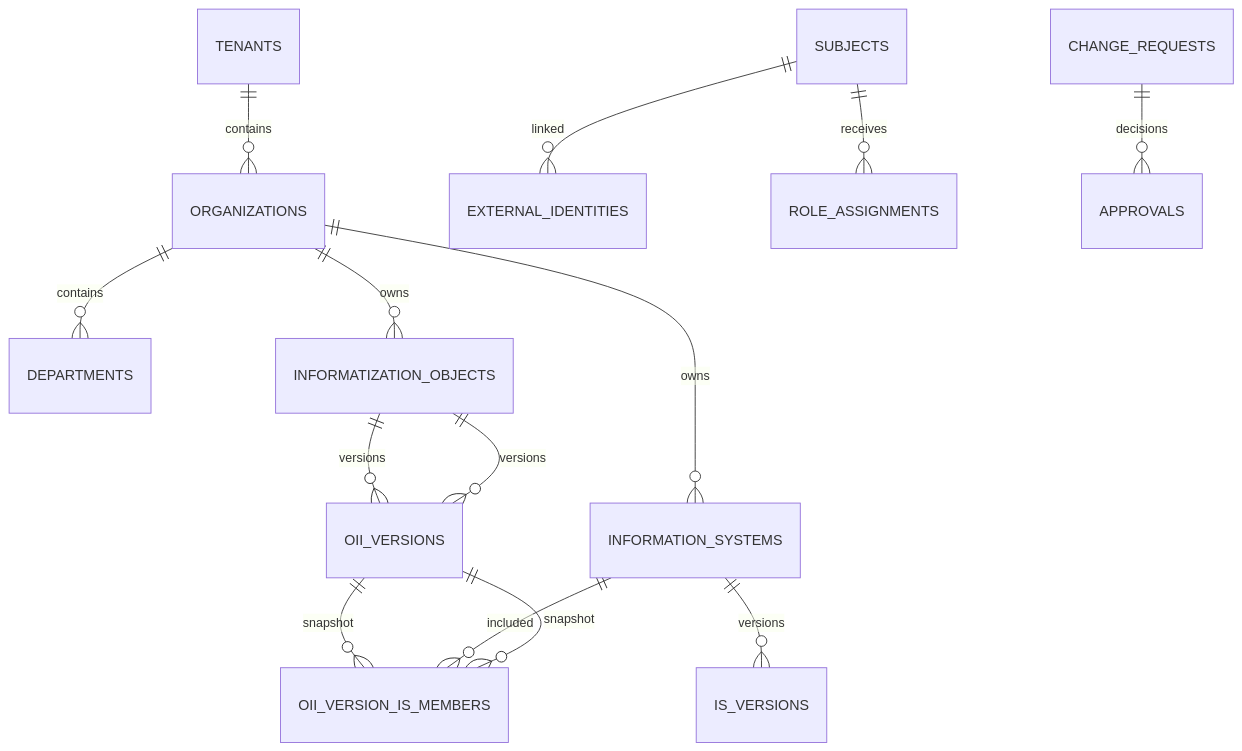
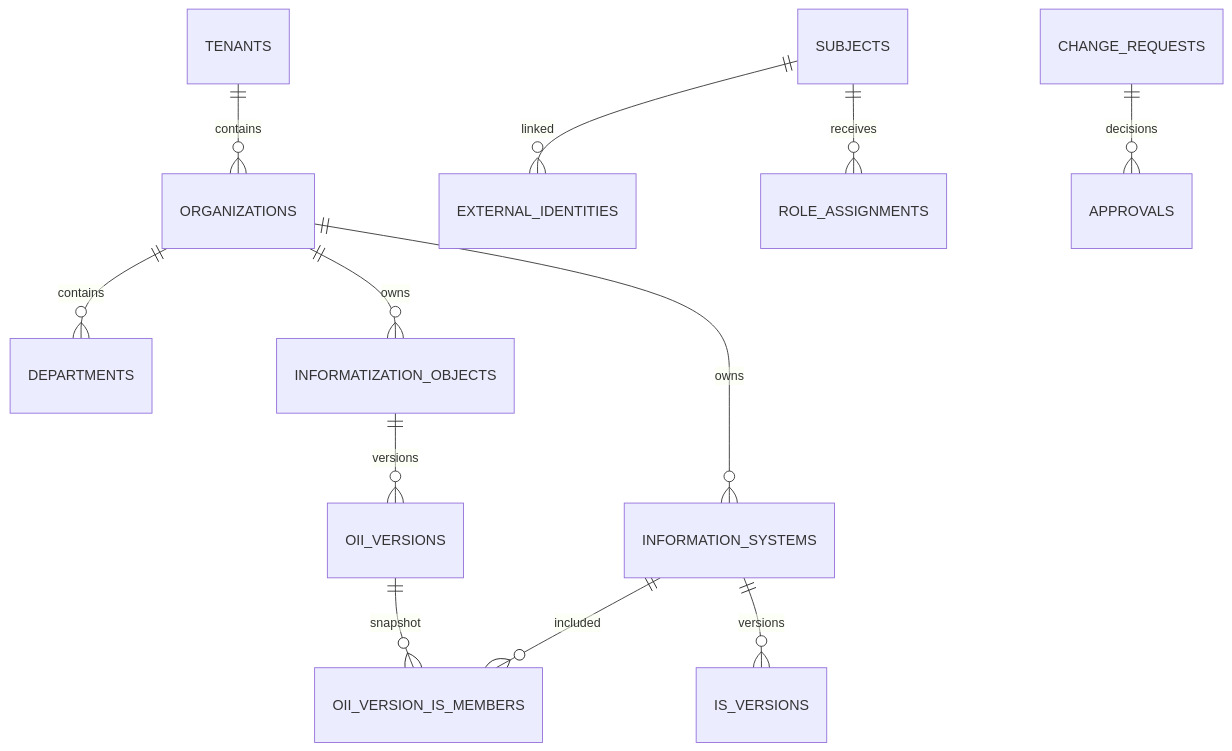
Before and after one commit to balzorn/e5-atlasis: the diagram in docs/architecture/data-model-v1.md, drawn with Mermaid.

Commit message:
docs: remove duplicate ER relationships

````diff
--- a/docs/architecture/data-model-v1.md
+++ b/docs/architecture/data-model-v1.md
@@ -36,16 +36,14 @@
 ```mermaid
 erDiagram
     TENANTS ||--o{ ORGANIZATIONS : contains
     ORGANIZATIONS ||--o{ DEPARTMENTS : contains
     ORGANIZATIONS ||--o{ INFORMATION_SYSTEMS : owns
     ORGANIZATIONS ||--o{ INFORMATIZATION_OBJECTS : owns
     INFORMATIZATION_OBJECTS ||--o{ OII_VERSIONS : versions
     OII_VERSIONS ||--o{ OII_VERSION_IS_MEMBERS : snapshot
     INFORMATION_SYSTEMS ||--o{ OII_VERSION_IS_MEMBERS : included
     SUBJECTS ||--o{ EXTERNAL_IDENTITIES : linked
     SUBJECTS ||--o{ ROLE_ASSIGNMENTS : receives
     INFORMATION_SYSTEMS ||--o{ IS_VERSIONS : versions
-    INFORMATIZATION_OBJECTS ||--o{ OII_VERSIONS : versions
-    OII_VERSIONS ||--o{ OII_VERSION_IS_MEMBERS : snapshot
     CHANGE_REQUESTS ||--o{ APPROVALS : decisions
 ```
````
